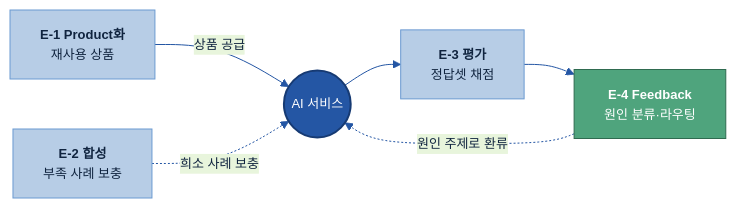
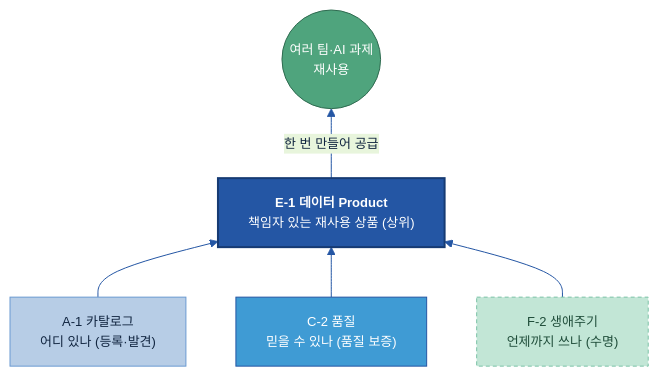
Before and after one commit to jin-kearney/ai-ready-data-manual: the sixth of 7 diagrams in 전체 목차/00 전체 목차 (20개 주제).md, drawn with Mermaid. The commit also changed other lines of this file, not shown here.

````diff
--- a/전체 목차/00 전체 목차 (20개 주제).md
+++ b/전체 목차/00 전체 목차 (20개 주제).md
@@ -164,17 +208,19 @@
 ```mermaid
 %%{init: {'theme':'base','themeVariables':{'primaryColor':'#DCE8F5','primaryBorderColor':'#2456A4','primaryTextColor':'#10243f','lineColor':'#2456A4','fontSize':'13px'}}}%%
-flowchart LR
-    E1["<b>E-1 Product화</b><br/>재사용 상품"]:::n
-    E2["<b>E-2 합성</b><br/>부족 사례 보충"]:::n
-    AI(("AI 서비스")):::cat
-    E3["<b>E-3 평가</b><br/>정답셋 채점"]:::n
-    E4["<b>E-4 Feedback</b><br/>원인 분류·라우팅"]:::loop
-    E1 -->|상품 공급| AI
-    E2 -.희소 사례 보충.-> AI
-    AI --> E3 --> E4
-    E4 -. 원인 주제로 환류 .-> AI
+flowchart BT
+    A1["A-1 카탈로그<br/>어디 있나 (등록·발견)"]:::n
+    C2["C-2 품질<br/>믿을 수 있나 (품질 보증)"]:::gate
+    F2["F-2 생애주기<br/>언제까지 쓰나 (수명)"]:::cross
+    E1["<b>E-1 데이터 Product</b><br/>책임자 있는 재사용 상품 (상위)"]:::cat
+    USE(("여러 팀·AI 과제<br/>재사용")):::loop
+    A1 --> E1
+    C2 --> E1
+    F2 --> E1
+    E1 -->|한 번 만들어 공급| USE
 
     classDef n fill:#B7CDE6,stroke:#6B9AD1,color:#10243f;
+    classDef gate fill:#3F9BD4,stroke:#2456A4,color:#fff;
     classDef cat fill:#2456A4,color:#fff,stroke:#163a73,stroke-width:2px;
     classDef loop fill:#4FA47D,stroke:#2f6b50,color:#fff;
+    classDef cross fill:#C2E6D6,stroke:#7CC2A7,color:#1f4d3a,stroke-dasharray:4 3;
 ```
````
